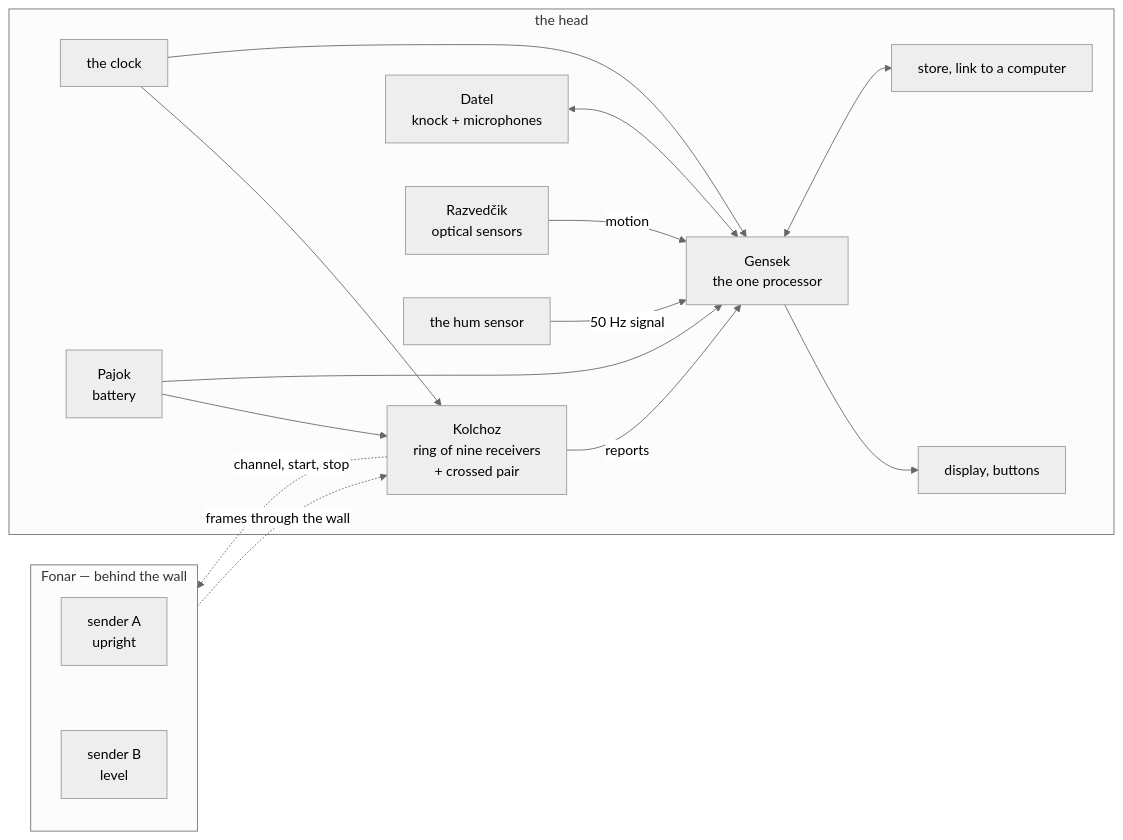
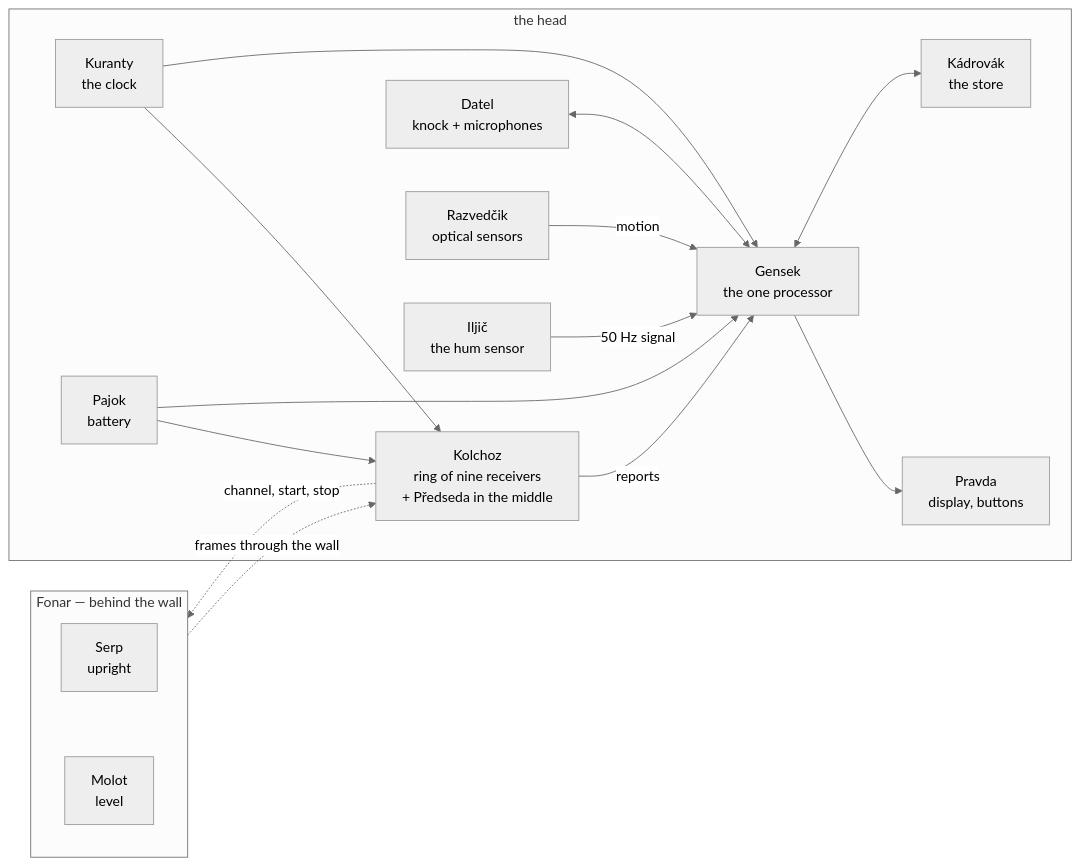
Before and after one commit to Project-NIC/NIC-Sluchalo: the diagram in architecture.md, drawn with Mermaid (neutral theme). The commit also changed other lines of this file and 3 other files, not shown here.

````diff
--- a/architecture.md
+++ b/architecture.md
@@ -12,19 +12,19 @@
 ```mermaid
 flowchart LR
   subgraph F[Fonar — behind the wall]
-    FA[sender A<br/>upright] ~~~ FB[sender B<br/>level]
+    FA[Serp<br/>upright] ~~~ FB[Molot<br/>level]
   end
   F -. frames through the wall .-> K
   subgraph H[the head]
-    K[Kolchoz<br/>ring of nine receivers<br/>+ crossed pair] -->|reports| G[Gensek<br/>the one processor]
-    C[the clock] --> K
+    K[Kolchoz<br/>ring of nine receivers<br/>+ Předseda in the middle] -->|reports| G[Gensek<br/>the one processor]
+    C[Kuranty<br/>the clock] --> K
     C --> G
     D[Datel<br/>knock + microphones] <--> G
     R[Razvedčik<br/>optical sensors] -->|motion| G
-    I[the hum sensor] -->|50 Hz signal| G
-    G --> S[display, buttons]
-    G <--> M[store, link to a computer]
+    I[Iljič<br/>the hum sensor] -->|50 Hz signal| G
+    G --> S[Pravda<br/>display, buttons]
+    G <--> M[Kádrovák<br/>the store]
     P[Pajok<br/>battery] --> K & G
   end
   K -. channel, start, stop .-> F
 ```
````
